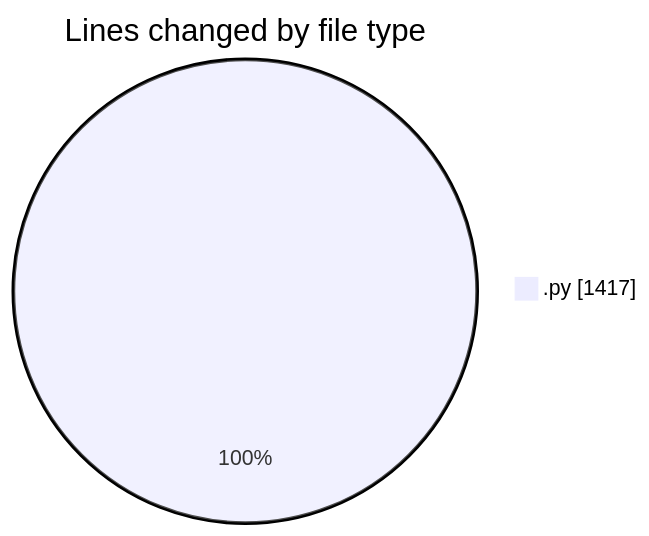
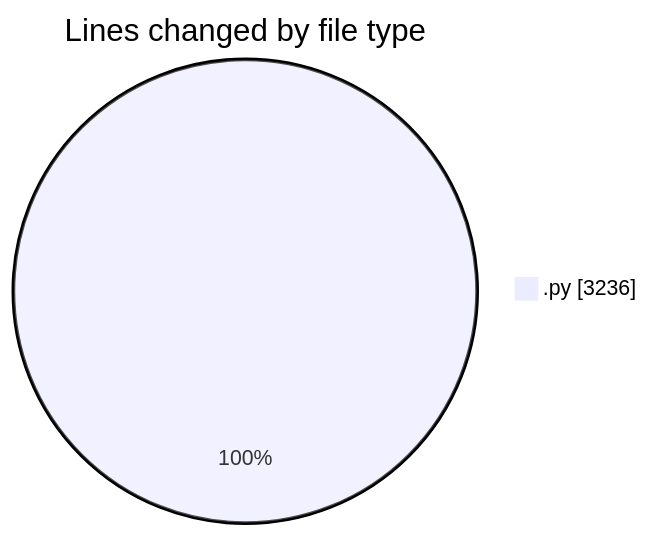
Before and after one commit to MatusMokan/code-tracking: the first of 2 diagrams in 2025-04-18/myws__workspace_/README.md, drawn with Mermaid. The commit also changed other lines of this file and 1 other file, not shown here.

````diff
--- a/2025-04-18/myws__workspace_/README.md
+++ b/2025-04-18/myws__workspace_/README.md
@@ -20,5 +20,5 @@
 ```mermaid
 pie showData
 title Lines changed by file type
-".py" : 1417
+".py" : 3236
 ```
````
